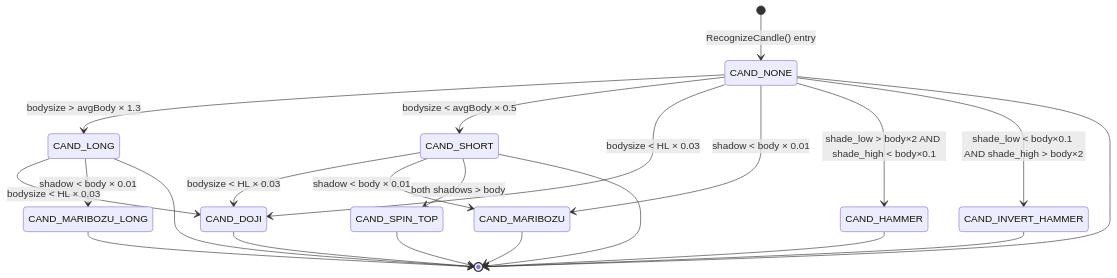
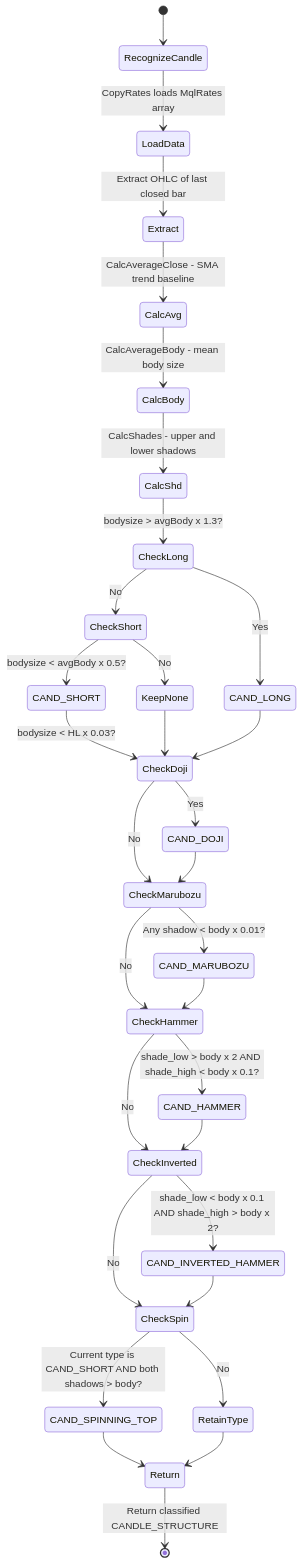
The third of 4 diagrams in README.md (nhasibuan/oneminuteman), drawn with Mermaid before and after one commit. The commit also changed other lines of this file, not shown here.

````diff
--- a/README.md
+++ b/README.md
@@ -228,26 +197,42 @@
 ```mermaid
 stateDiagram-v2
-    [*] --> CAND_NONE : RecognizeCandle() entry
-
-    CAND_NONE --> CAND_LONG         : bodysize > avgBody × 1.3
-    CAND_NONE --> CAND_SHORT        : bodysize < avgBody × 0.5
-    CAND_LONG  --> CAND_DOJI        : bodysize < HL × 0.03
-    CAND_SHORT --> CAND_DOJI        : bodysize < HL × 0.03
-    CAND_NONE  --> CAND_DOJI        : bodysize < HL × 0.03
-    CAND_LONG  --> CAND_MARIBOZU_LONG : shadow < body × 0.01
-    CAND_SHORT --> CAND_MARIBOZU    : shadow < body × 0.01
-    CAND_NONE  --> CAND_MARIBOZU    : shadow < body × 0.01
-    CAND_NONE  --> CAND_HAMMER      : shade_low > body×2 AND shade_high < body×0.1
-    CAND_NONE  --> CAND_INVERT_HAMMER : shade_low < body×0.1 AND shade_high > body×2
-    CAND_SHORT --> CAND_SPIN_TOP    : both shadows > body
-
-    CAND_HAMMER         --> [*]
-    CAND_INVERT_HAMMER  --> [*]
-    CAND_SPIN_TOP       --> [*]
-    CAND_MARIBOZU_LONG  --> [*]
-    CAND_MARIBOZU       --> [*]
-    CAND_DOJI           --> [*]
-    CAND_LONG           --> [*]
-    CAND_SHORT          --> [*]
-    CAND_NONE           --> [*]
+    [*] --> RecognizeCandle
+    RecognizeCandle --> LoadData: CopyRates loads MqlRates array
+    LoadData --> Extract: Extract OHLC of last closed bar
+    Extract --> CalcAvg: CalcAverageClose - SMA trend baseline
+    CalcAvg --> CalcBody: CalcAverageBody - mean body size
+    CalcBody --> CalcShd: CalcShades - upper and lower shadows
+    
+    CalcShd --> CheckLong: bodysize > avgBody x 1.3?
+    CheckLong --> CAND_LONG: Yes
+    CheckLong --> CheckShort: No
+    
+    CheckShort --> CAND_SHORT: bodysize < avgBody x 0.5?
+    CheckShort --> KeepNone: No
+    
+    CAND_SHORT --> CheckDoji: bodysize < HL x 0.03?
+    KeepNone --> CheckDoji
+    CAND_LONG --> CheckDoji
+    CheckDoji --> CAND_DOJI: Yes
+    CheckDoji --> CheckMarubozu: No
+    
+    CAND_DOJI --> CheckMarubozu
+    CheckMarubozu --> CAND_MARUBOZU: Any shadow < body x 0.01?
+    CheckMarubozu --> CheckHammer: No
+    
+    CAND_MARUBOZU --> CheckHammer
+    CheckHammer --> CAND_HAMMER: shade_low > body x 2 AND shade_high < body x 0.1?
+    CheckHammer --> CheckInverted: No
+    
+    CAND_HAMMER --> CheckInverted
+    CheckInverted --> CAND_INVERTED_HAMMER: shade_low < body x 0.1 AND shade_high > body x 2?
+    CheckInverted --> CheckSpin: No
+    
+    CAND_INVERTED_HAMMER --> CheckSpin
+    CheckSpin --> CAND_SPINNING_TOP: Current type is CAND_SHORT AND both shadows > body?
+    CheckSpin --> RetainType: No
+    
+    CAND_SPINNING_TOP --> Return
+    RetainType --> Return
+    Return --> [*]: Return classified CANDLE_STRUCTURE
 ```
````
